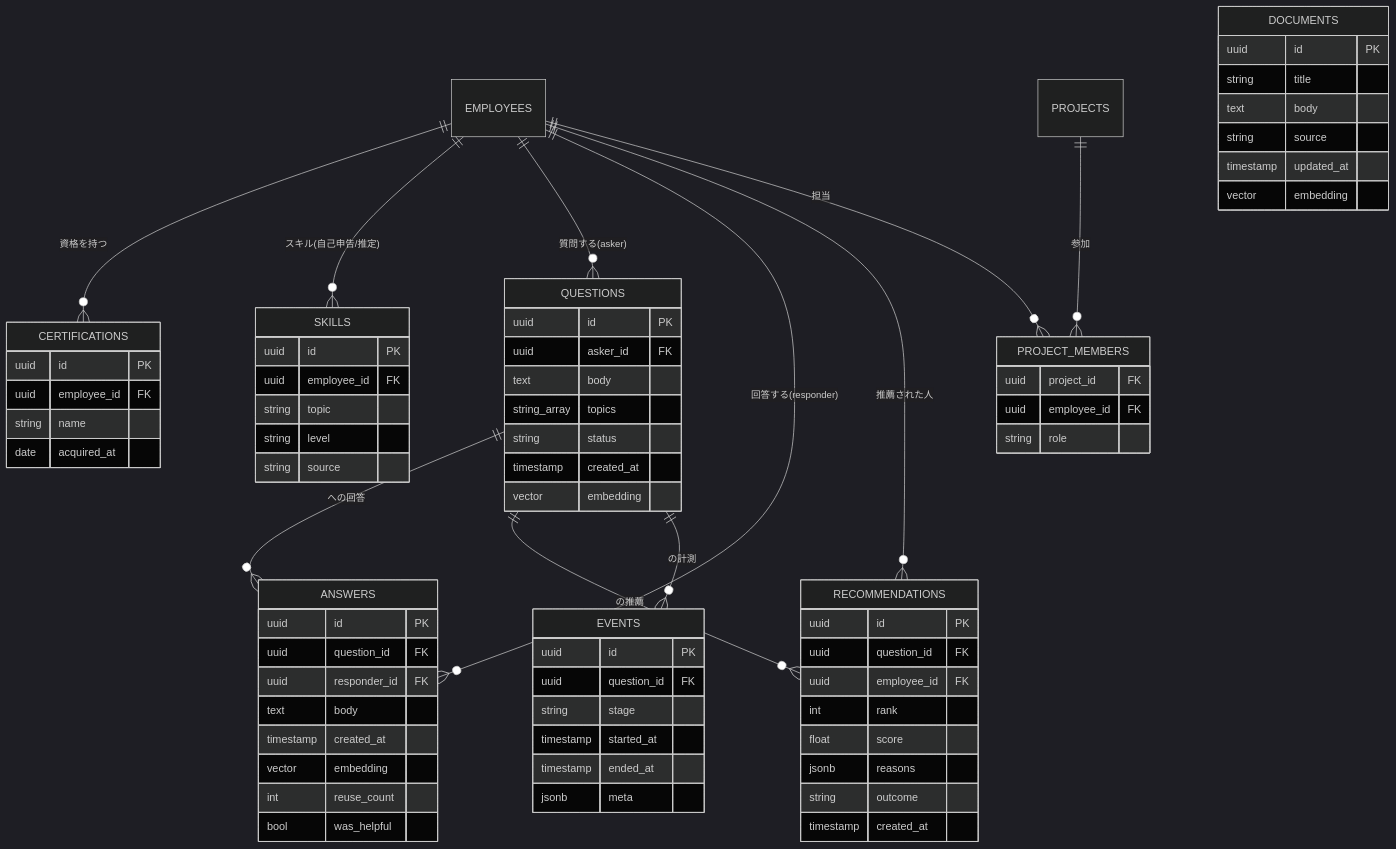
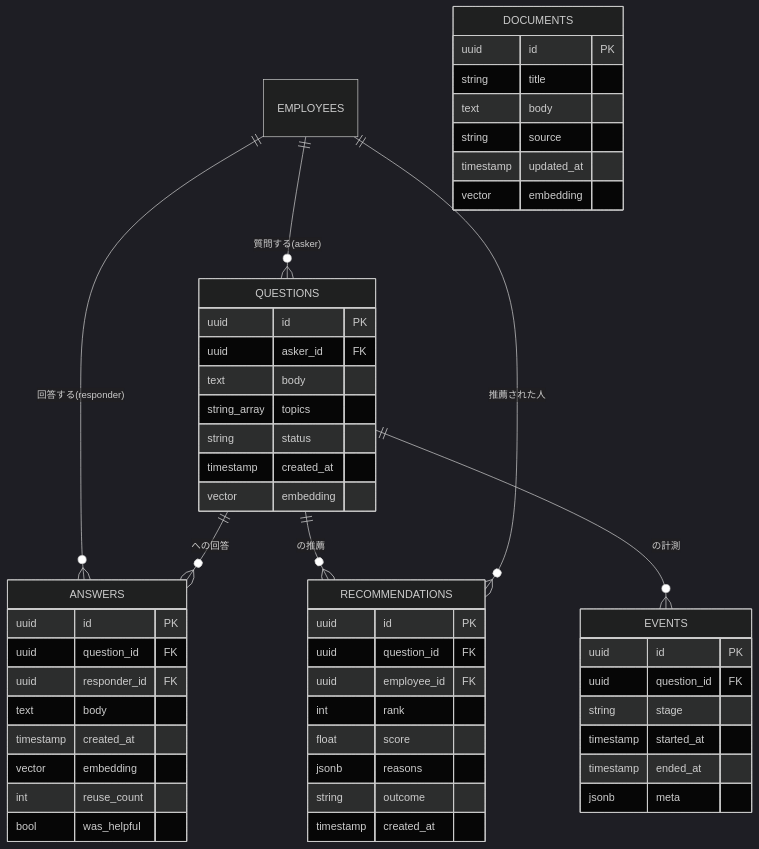
One commit to shiyow5/tekijin-next changed the second of 3 diagrams in docs/specs/db-schema.md. Above: the diagram before and after it, drawn with Mermaid (dark theme). The commit also changed other lines of this file and 24 other files, not shown here.

````diff
--- a/docs/specs/db-schema.md
+++ b/docs/specs/db-schema.md
@@ -200,77 +140,55 @@
 ```mermaid
 erDiagram
-  EMPLOYEES ||--o{ CERTIFICATIONS : "資格を持つ"
-  EMPLOYEES ||--o{ SKILLS : "スキル(自己申告/推定)"
   EMPLOYEES ||--o{ QUESTIONS : "質問する(asker)"
   EMPLOYEES ||--o{ ANSWERS : "回答する(responder)"
   QUESTIONS ||--o{ ANSWERS : "への回答"
   QUESTIONS ||--o{ RECOMMENDATIONS : "の推薦"
   EMPLOYEES ||--o{ RECOMMENDATIONS : "推薦された人"
   QUESTIONS ||--o{ EVENTS : "の計測"
-  PROJECTS ||--o{ PROJECT_MEMBERS : "参加"
-  EMPLOYEES ||--o{ PROJECT_MEMBERS : "担当"
 
-  CERTIFICATIONS {
-    uuid id PK
-    uuid employee_id FK
-    string name
-    date acquired_at
-  }
-  SKILLS {
-    uuid id PK
-    uuid employee_id FK
-    string topic
-    string level
-    string source
-  }
   QUESTIONS {
     uuid id PK
     uuid asker_id FK
     text body
     string_array topics
     string status
     timestamp created_at
     vector embedding
   }
   ANSWERS {
     uuid id PK
     uuid question_id FK
     uuid responder_id FK
     text body
     timestamp created_at
     vector embedding
     int reuse_count
     bool was_helpful
   }
   RECOMMENDATIONS {
     uuid id PK
     uuid question_id FK
     uuid employee_id FK
     int rank
     float score
     jsonb reasons
     string outcome
     timestamp created_at
   }
   EVENTS {
     uuid id PK
     uuid question_id FK
     string stage
     timestamp started_at
     timestamp ended_at
     jsonb meta
   }
-  PROJECT_MEMBERS {
-    uuid project_id FK
-    uuid employee_id FK
-    string role
-  }
   DOCUMENTS {
     uuid id PK
     string title
     text body
     string source
     timestamp updated_at
     vector embedding
   }
 ```
````
